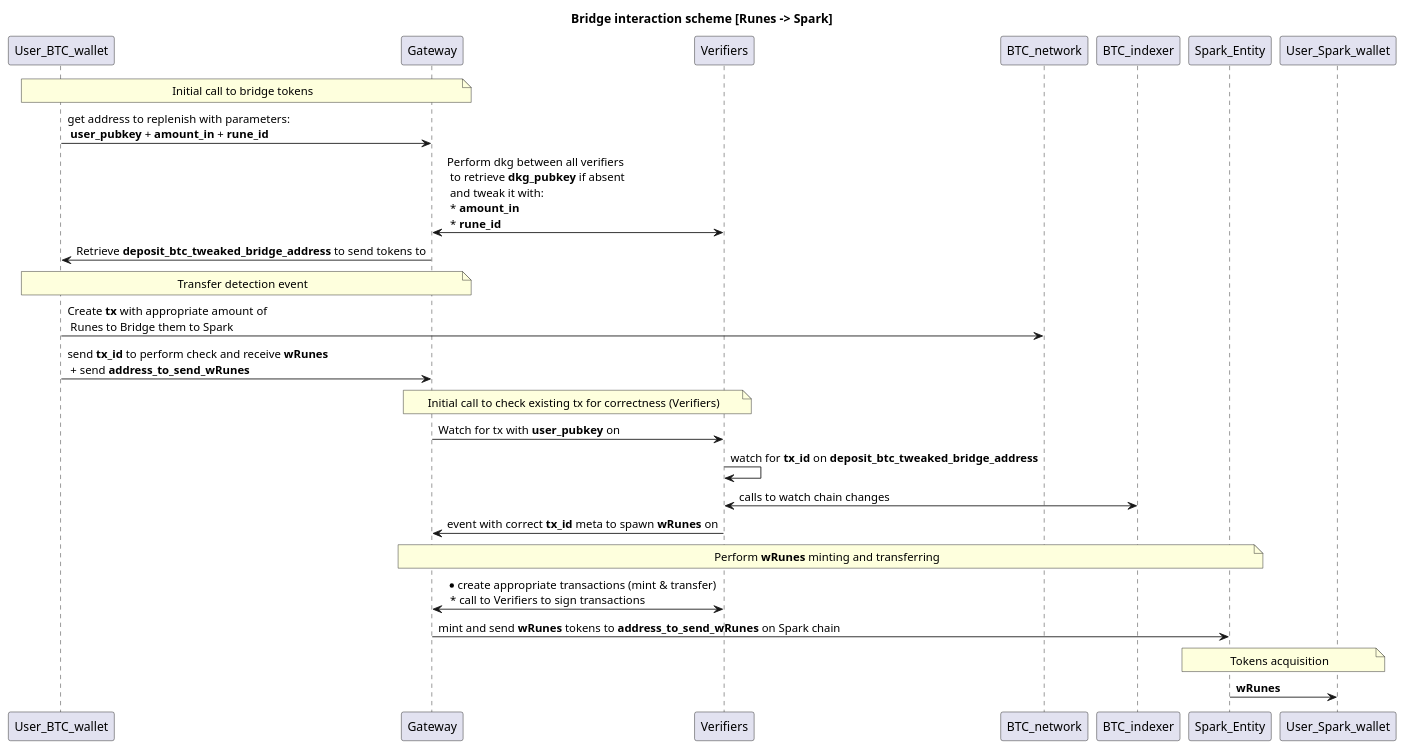
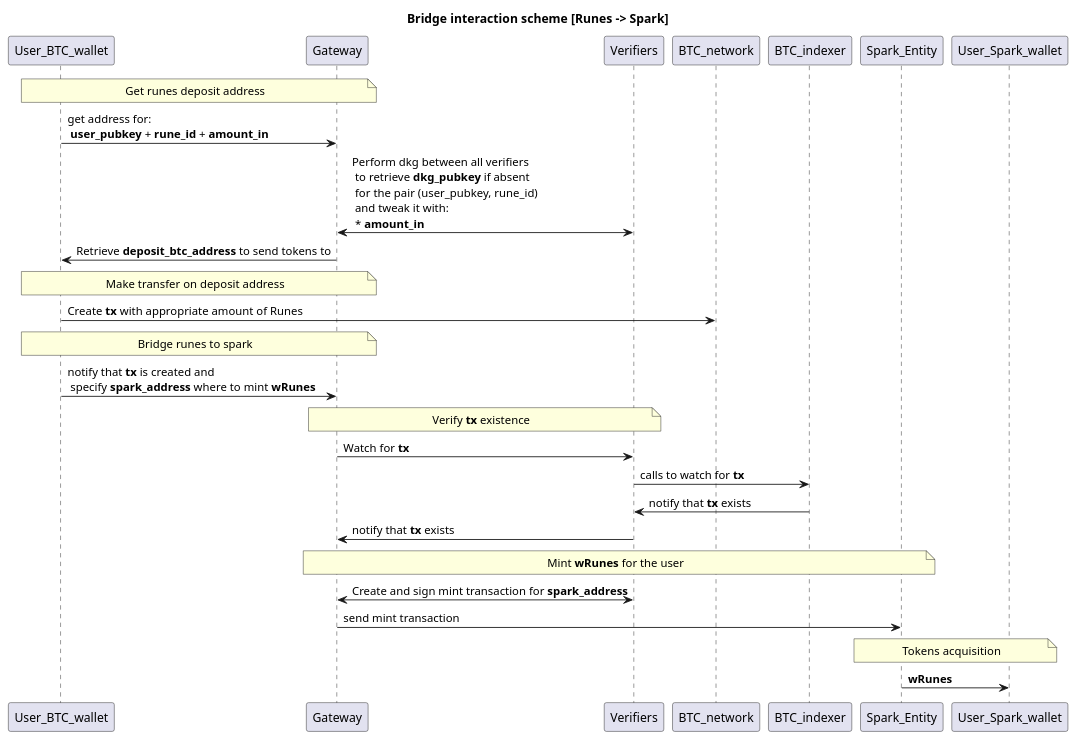
Before and after one commit to Sats-Terminal/spark-bridge-backend: the diagram in docs/runes_spark.puml, drawn with PlantUML.

```diff
--- a/docs/runes_spark.puml
+++ b/docs/runes_spark.puml
@@ -1,29 +1,27 @@
 @startuml
-
-
 title Bridge interaction scheme [Runes -> Spark]
 
-note over User_BTC_wallet,Gateway:Initial call to bridge tokens
-User_BTC_wallet->Gateway: get address to replenish with parameters: \n **user_pubkey** + **amount_in** + **rune_id**
-Gateway<->Verifiers:Perform dkg between all verifiers \n to retrieve **dkg_pubkey** if absent \n and tweak it with: \n * **amount_in** \n * **rune_id**
-Gateway->User_BTC_wallet: Retrieve **deposit_btc_tweaked_bridge_address** to send tokens to
+note over User_BTC_wallet,Gateway:Get runes deposit address
+User_BTC_wallet->Gateway: get address for: \n **user_pubkey** + **rune_id** + **amount_in** 
+Gateway<->Verifiers:Perform dkg between all verifiers \n to retrieve **dkg_pubkey** if absent \n for the pair (user_pubkey, rune_id) \n and tweak it with: \n * **amount_in**
+Gateway->User_BTC_wallet: Retrieve **deposit_btc_address** to send tokens to
 
-note over User_BTC_wallet,Gateway:Transfer detection event
-User_BTC_wallet->BTC_network: Create **tx** with appropriate amount of \n Runes to Bridge them to Spark
-User_BTC_wallet->Gateway: send **tx_id** to perform check and receive **wRunes** \n + send **address_to_send_wRunes**
+note over User_BTC_wallet,Gateway:Make transfer on deposit address
+User_BTC_wallet->BTC_network: Create **tx** with appropriate amount of Runes
+note over User_BTC_wallet,Gateway:Bridge runes to spark
+User_BTC_wallet->Gateway: notify that **tx** is created and \n specify **spark_address** where to mint **wRunes**
 
-note over Gateway,Verifiers:Initial call to check existing tx for correctness (Verifiers)
+note over Gateway,Verifiers:Verify **tx** existence
 
-Gateway->Verifiers:Watch for tx with **user_pubkey** on
-Verifiers->Verifiers: watch for **tx_id** on **deposit_btc_tweaked_bridge_address**
-Verifiers<->BTC_indexer: calls to watch chain changes
-Gateway<-Verifiers: event with correct **tx_id** meta to spawn **wRunes** on
+Gateway->Verifiers:Watch for **tx** 
+Verifiers->BTC_indexer: calls to watch for **tx**
+Verifiers<-BTC_indexer: notify that **tx** exists
+Gateway<-Verifiers: notify that **tx** exists
 
-note over Gateway,Spark_Entity:Perform **wRunes** minting and transferring
-Gateway<->Verifiers: * create appropriate transactions (mint & transfer) \n * call to Verifiers to sign transactions
-Gateway->Spark_Entity: mint and send **wRunes** tokens to **address_to_send_wRunes** on Spark chain
+note over Gateway,Spark_Entity:Mint **wRunes** for the user
+Gateway<->Verifiers:Create and sign mint transaction for **spark_address**
+Gateway->Spark_Entity: send mint transaction
 
 note over User_Spark_wallet, Spark_Entity: Tokens acquisition
 User_Spark_wallet<-Spark_Entity: **wRunes**
-
 @enduml
```
